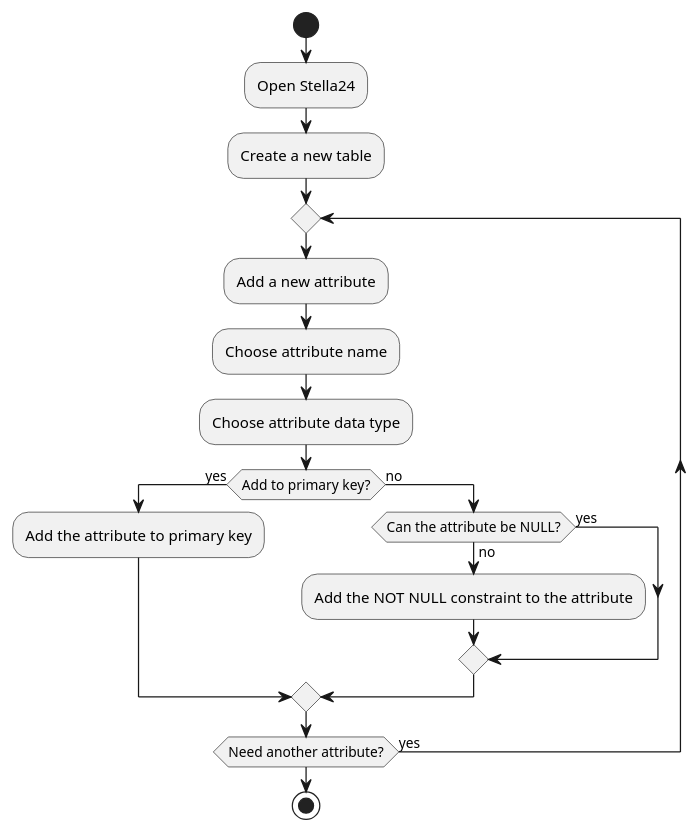
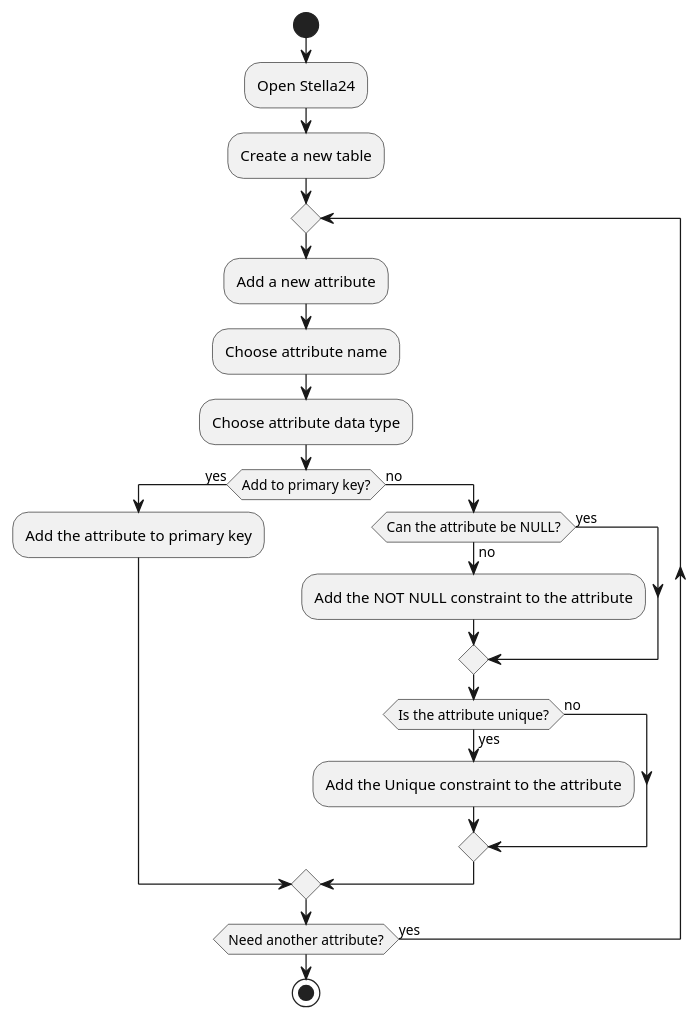
One commit to FilipFurar/stella24 changed the diagram in uml/create_diagram.puml. Above: the diagram before and after it, drawn with PlantUML. The commit also changed 15 other files, not shown here.

Commit message:
changed the architecture to use Commands. - command variants - context for not having to pass tables, domains, etc every time

```diff
--- a/uml/create_diagram.puml
+++ b/uml/create_diagram.puml
@@ -1,23 +1,27 @@
 @startuml
 start
 :Open Stella24;
 :Create a new table;
 
 repeat
   :Add a new attribute;
   :Choose attribute name;
   :Choose attribute data type;
 
   if (Add to primary key?) then (yes)
     :Add the attribute to primary key;
   else (no)
   if (Can the attribute be NULL?) then (no)
       :Add the NOT NULL constraint to the attribute;
   else (yes)
     endif
+  if (Is the attribute unique?) then (yes)
+      :Add the Unique constraint to the attribute;
+  else (no)
+    endif
   endif
 
 repeat while (Need another attribute?) is (yes)
 
 stop
 @enduml
```
